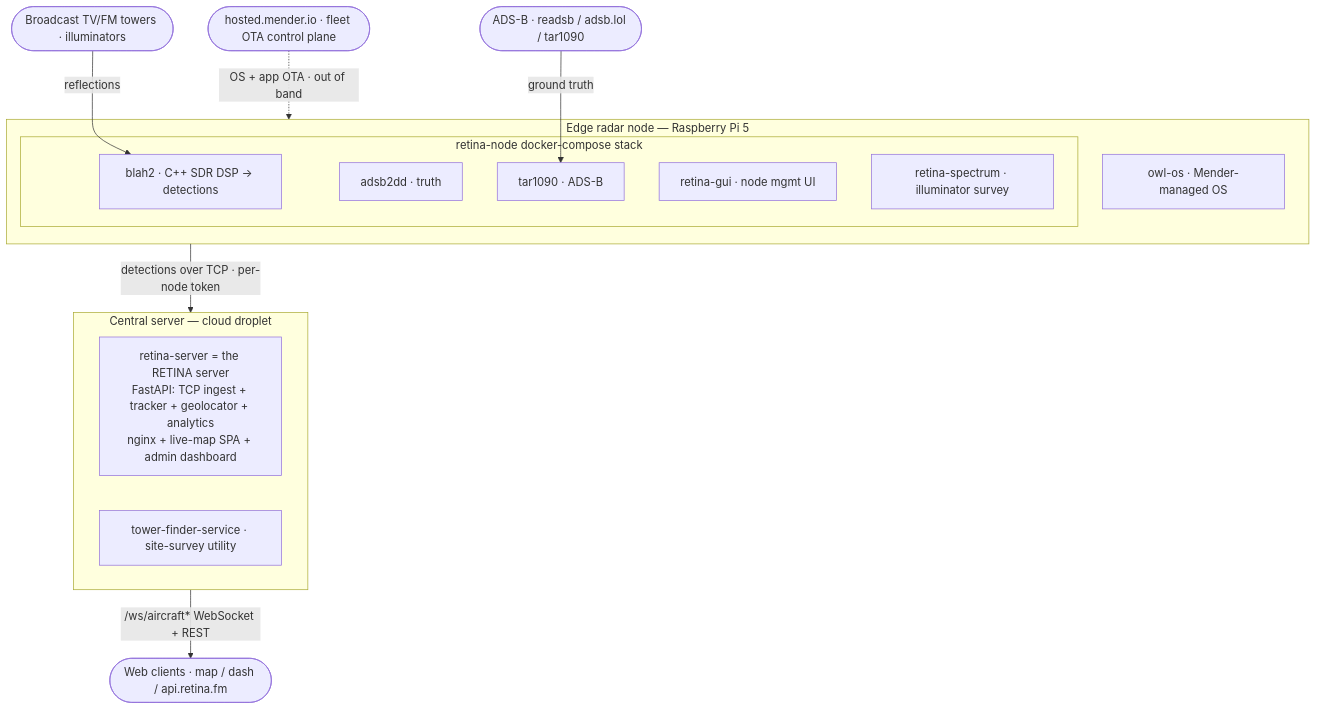
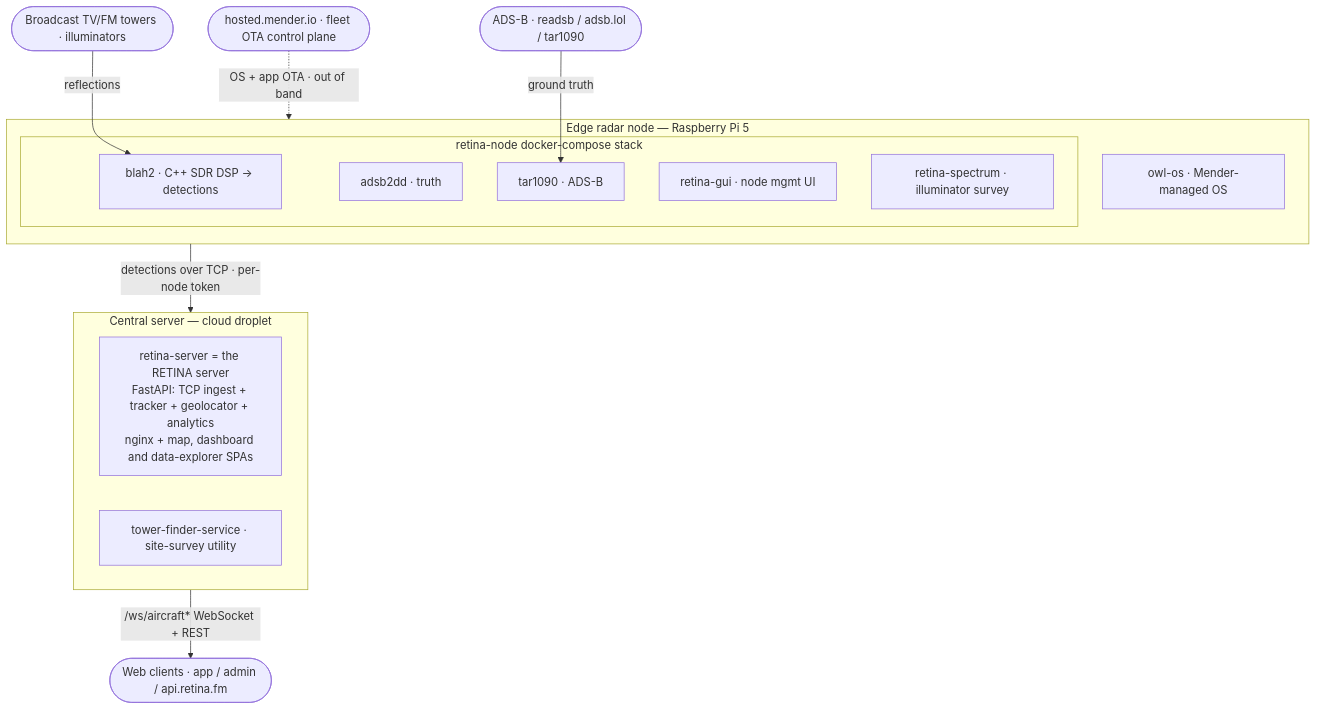
One commit to offworldlabs/claude-shared changed the first of 4 diagrams in docs/architecture.md. Above: the diagram before and after it, drawn with Mermaid. The commit also changed other lines of this file, not shown here.

First line of the commit message:
docs: name the hostnames the server actually serves (#26)

````diff
--- a/docs/architecture.md
+++ b/docs/architecture.md
@@ -22,30 +22,30 @@
 ```mermaid
 flowchart TB
   illum([Broadcast TV/FM towers · illuminators])
   adsb([ADS-B · readsb / adsb.lol / tar1090])
 
   subgraph node["Edge radar node — Raspberry Pi 5"]
     os[owl-os · Mender-managed OS]
     subgraph stack["retina-node docker-compose stack"]
       blah[blah2 · C++ SDR DSP → detections]
       a2d[adsb2dd · truth]
       tar[tar1090 · ADS-B]
       gui[retina-gui · node mgmt UI]
       spec[retina-spectrum · illuminator survey]
     end
   end
 
   subgraph central["Central server — cloud droplet"]
-    tf["retina-server = the RETINA server<br/>FastAPI: TCP ingest + tracker + geolocator + analytics<br/>nginx + live-map SPA + admin dashboard"]
+    tf["retina-server = the RETINA server<br/>FastAPI: TCP ingest + tracker + geolocator + analytics<br/>nginx + map, dashboard and data-explorer SPAs"]
     tfs[tower-finder-service · site-survey utility]
   end
 
-  web([Web clients · map / dash / api.retina.fm])
+  web([Web clients · app / admin / api.retina.fm])
   mender([hosted.mender.io · fleet OTA control plane])
 
   illum -->|reflections| blah
   adsb -->|ground truth| tar
   node -->|detections over TCP · per-node token| central
   central -->|/ws/aircraft* WebSocket + REST| web
   mender -.->|OS + app OTA · out of band| node
 ```
````
